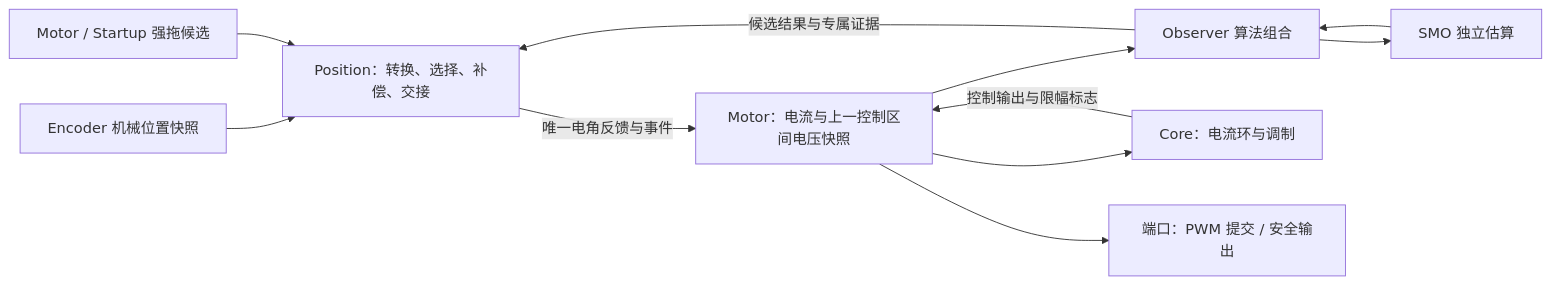
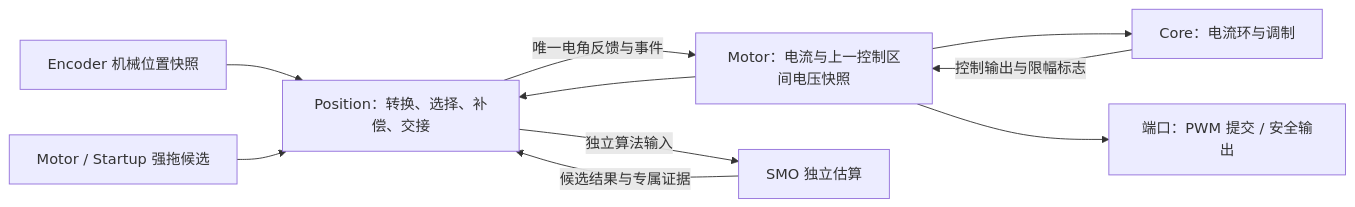
Before and after one commit to wyxun/modus_template: the first of 2 diagrams in foc/docs/foc-architecture.md, drawn with Mermaid. The commit also changed other lines of this file and 67 other files, not shown here.

````diff
--- a/foc/docs/foc-architecture.md
+++ b/foc/docs/foc-architecture.md
@@ -26,13 +25,12 @@
 ```mermaid
 flowchart LR
     Enc["Encoder 机械位置快照"] --> Pos["Position：转换、选择、补偿、交接"]
     Start["Motor / Startup 强拖候选"] --> Pos
-    Motor["Motor：电流与上一控制区间电压快照"] --> Obs["Observer 算法组合"]
-    Obs --> SMO["SMO 独立估算"]
-    SMO --> Obs
-    Obs -->|候选结果与专属证据| Pos
+    Motor["Motor：电流与上一控制区间电压快照"] --> Pos
+    Pos -->|独立算法输入| SMO["SMO 独立估算"]
+    SMO -->|候选结果与专属证据| Pos
     Pos -->|唯一电角反馈与事件| Motor
     Motor --> Core["Core：电流环与调制"]
     Core -->|控制输出与限幅标志| Motor
     Motor --> Port["端口：PWM 提交 / 安全输出"]
 ```
````
